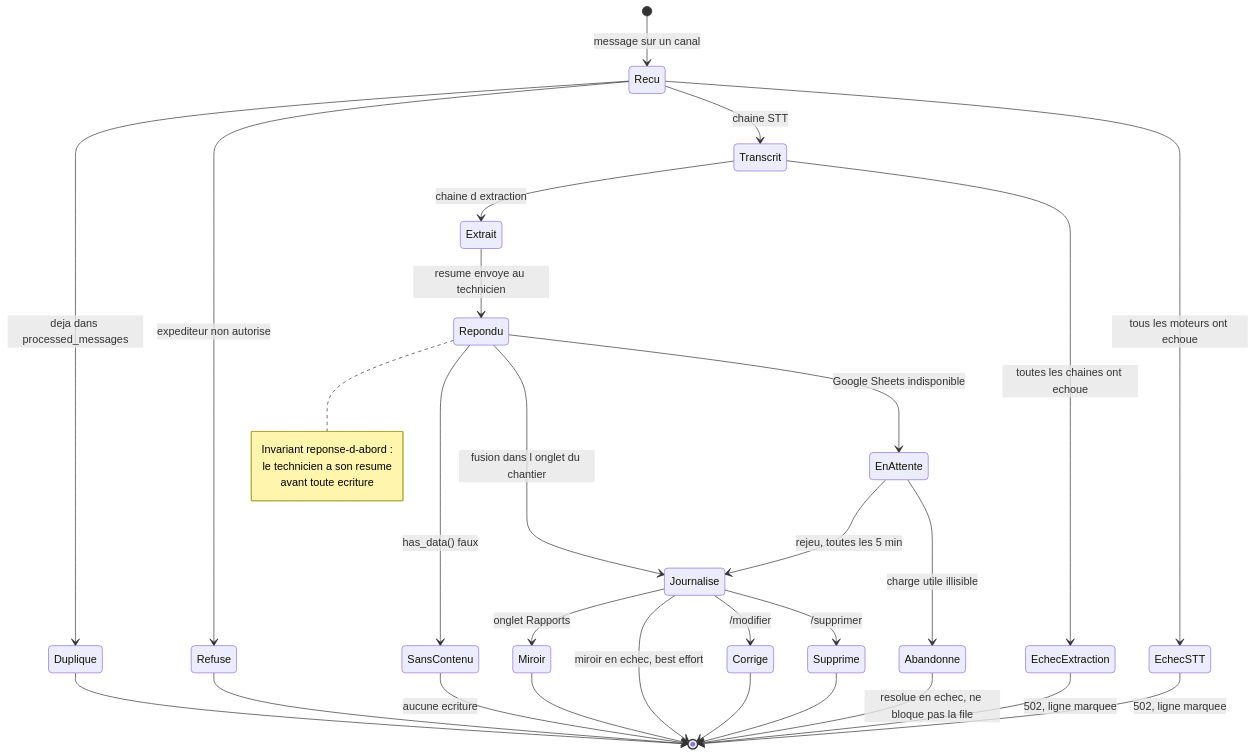
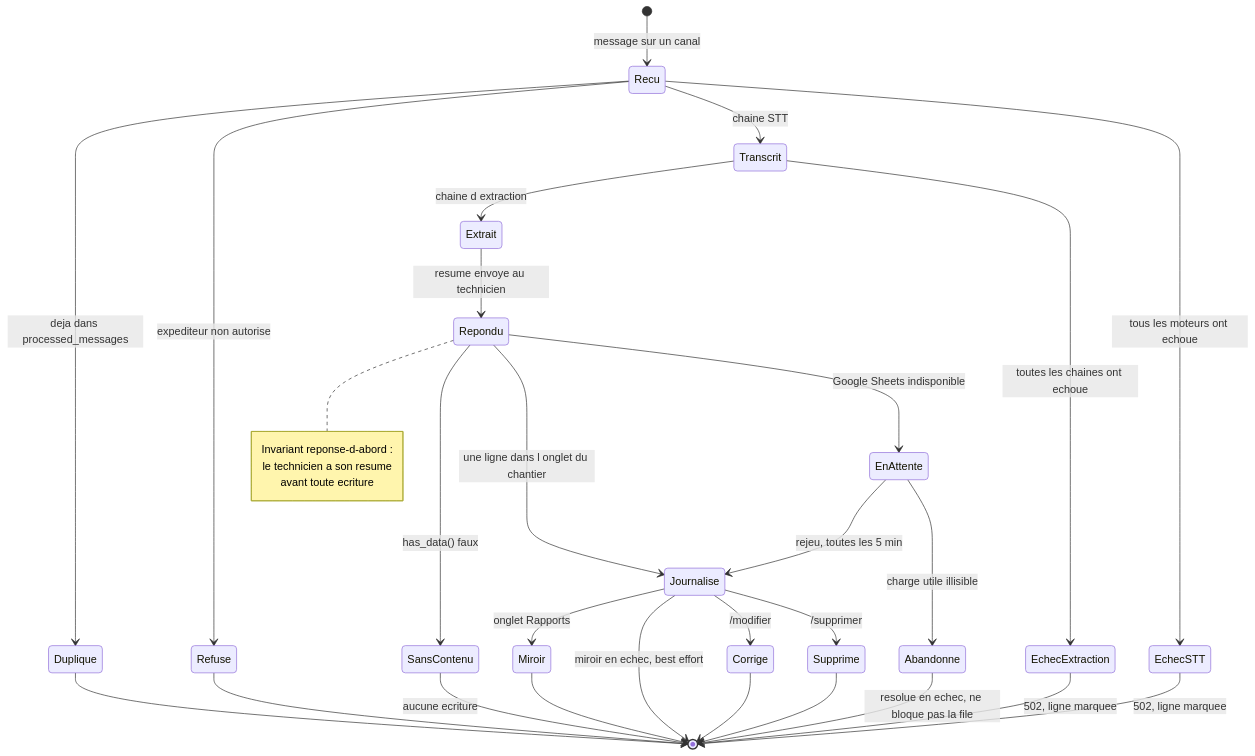
Before and after one commit to yassine808/PFE-aznet: the diagram in Pres+report/diagrams/11-report-states.mmd, drawn with Mermaid. The commit also changed 18 other files, not shown here.

```diff
--- a/Pres+report/diagrams/11-report-states.mmd
+++ b/Pres+report/diagrams/11-report-states.mmd
@@ -1,40 +1,40 @@
 stateDiagram-v2
     [*] --> Recu : message sur un canal
     Recu --> Duplique : deja dans processed_messages
     Duplique --> [*]
 
     Recu --> Refuse : expediteur non autorise
     Refuse --> [*]
 
     Recu --> Transcrit : chaine STT
     Recu --> EchecSTT : tous les moteurs ont echoue
     EchecSTT --> [*] : 502, ligne marquee
 
     Transcrit --> Extrait : chaine d extraction
     Transcrit --> EchecExtraction : toutes les chaines ont echoue
     EchecExtraction --> [*] : 502, ligne marquee
 
     Extrait --> Repondu : resume envoye au technicien
     note right of Repondu
         Invariant reponse-d-abord :
         le technicien a son resume
         avant toute ecriture
     end note
 
     Repondu --> SansContenu : has_data() faux
     SansContenu --> [*] : aucune ecriture
 
-    Repondu --> Journalise : fusion dans l onglet du chantier
+    Repondu --> Journalise : une ligne dans l onglet du chantier
     Repondu --> EnAttente : Google Sheets indisponible
     EnAttente --> Journalise : rejeu, toutes les 5 min
     EnAttente --> Abandonne : charge utile illisible
     Abandonne --> [*] : resolue en echec, ne bloque pas la file
 
     Journalise --> Miroir : onglet Rapports
     Miroir --> [*]
     Journalise --> [*] : miroir en echec, best effort
 
     Journalise --> Corrige : /modifier
     Journalise --> Supprime : /supprimer
     Corrige --> [*]
     Supprime --> [*]
```
